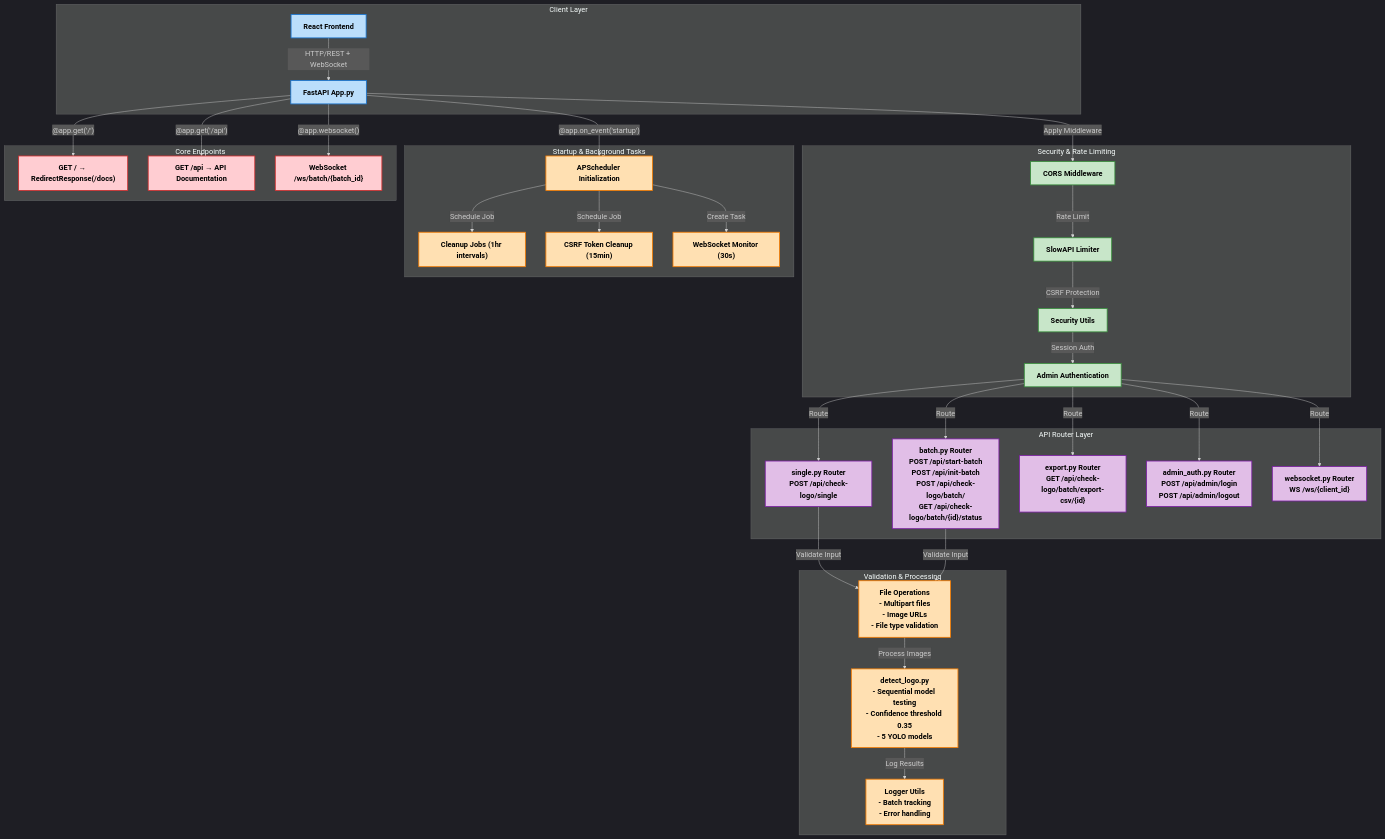
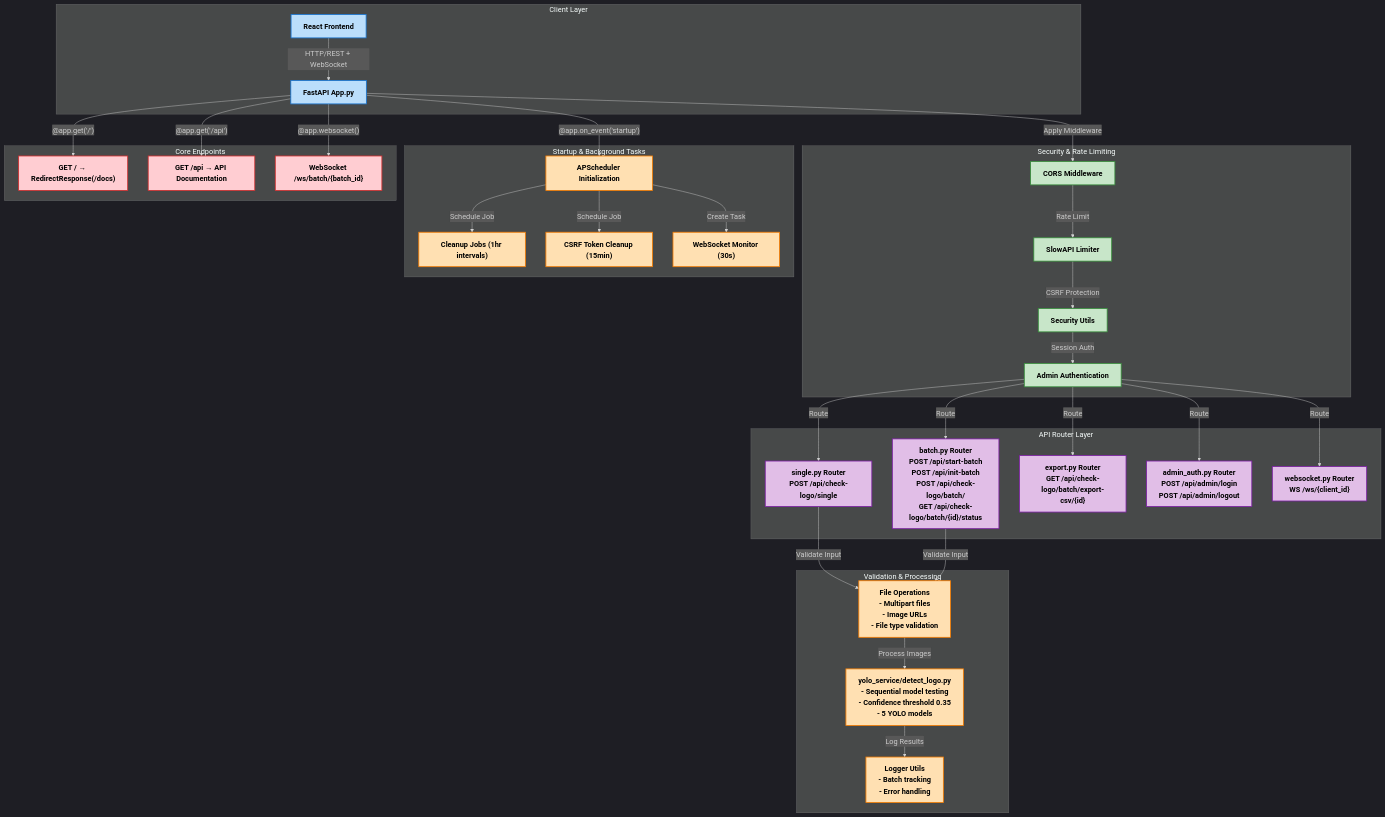
The second of 10 diagrams in README.md (Dhruv0306/SymphonyProject1), drawn with Mermaid before and after one commit. The commit also changed other lines of this file and 5 other files, not shown here.

````diff
--- a/README.md
+++ b/README.md
@@ -323,62 +370,62 @@
 ```mermaid
 %%{init: {'theme': 'dark', 'themeVariables': { 'fontFamily': 'arial', 'fontSize': '18px', 'fontWeight': 'bold'}}}%%
 graph TD
     subgraph "Client Layer"
         style A fill:#bbdefb,stroke:#1976d2,stroke-width:2px,color:#000000,font-weight:bold
         style A1 fill:#bbdefb,stroke:#1976d2,stroke-width:2px,color:#000000,font-weight:bold
         A["React Frontend"] -->|"HTTP/REST + WebSocket"| A1["FastAPI App.py"]
     end
 
     subgraph "Security & Rate Limiting"
         style B fill:#c8e6c9,stroke:#388e3c,stroke-width:2px,color:#000000,font-weight:bold
         style C fill:#c8e6c9,stroke:#388e3c,stroke-width:2px,color:#000000,font-weight:bold
         style D fill:#c8e6c9,stroke:#388e3c,stroke-width:2px,color:#000000,font-weight:bold
         style E fill:#c8e6c9,stroke:#388e3c,stroke-width:2px,color:#000000,font-weight:bold
         A1 -->|"Apply Middleware"| B["CORS Middleware"]
         B -->|"Rate Limit"| C["SlowAPI Limiter"]
         C -->|"CSRF Protection"| D["Security Utils"]
         D -->|"Session Auth"| E["Admin Authentication"]
     end
 
     subgraph "API Router Layer"
         style F1 fill:#e1bee7,stroke:#7b1fa2,stroke-width:2px,color:#000000,font-weight:bold
         style F2 fill:#e1bee7,stroke:#7b1fa2,stroke-width:2px,color:#000000,font-weight:bold
         style F3 fill:#e1bee7,stroke:#7b1fa2,stroke-width:2px,color:#000000,font-weight:bold
         style F4 fill:#e1bee7,stroke:#7b1fa2,stroke-width:2px,color:#000000,font-weight:bold
         style F5 fill:#e1bee7,stroke:#7b1fa2,stroke-width:2px,color:#000000,font-weight:bold
         E -->|"Route"| F1["single.py Router<br/>POST /api/check-logo/single"]
         E -->|"Route"| F2["batch.py Router<br/>POST /api/start-batch<br/>POST /api/init-batch<br/>POST /api/check-logo/batch/<br/>GET /api/check-logo/batch/{id}/status"]
         E -->|"Route"| F3["export.py Router<br/>GET /api/check-logo/batch/export-csv/{id}"]
         E -->|"Route"| F4["admin_auth.py Router<br/>POST /api/admin/login<br/>POST /api/admin/logout"]
         E -->|"Route"| F5["websocket.py Router<br/>WS /ws/{client_id}"]
     end
 
     subgraph "Validation & Processing"
         style G fill:#ffe0b2,stroke:#f57c00,stroke-width:2px,color:#000000,font-weight:bold
         style H fill:#ffe0b2,stroke:#f57c00,stroke-width:2px,color:#000000,font-weight:bold
         style I fill:#ffe0b2,stroke:#f57c00,stroke-width:2px,color:#000000,font-weight:bold
         F1 & F2 -->|"Validate Input"| G["File Operations<br/>- Multipart files<br/>- Image URLs<br/>- File type validation"]
-        G -->|"Process Images"| H["detect_logo.py<br/>- Sequential model testing<br/>- Confidence threshold 0.35<br/>- 5 YOLO models"]
+        G -->|"Process Images"| H["yolo_service/detect_logo.py<br/>- Sequential model testing<br/>- Confidence threshold 0.35<br/>- 5 YOLO models"]
         H -->|"Log Results"| I["Logger Utils<br/>- Batch tracking<br/>- Error handling"]
     end
 
     subgraph "Startup & Background Tasks"
         style J1 fill:#ffe0b2,stroke:#f57c00,stroke-width:2px,color:#000000,font-weight:bold
         style J2 fill:#ffe0b2,stroke:#f57c00,stroke-width:2px,color:#000000,font-weight:bold
         style J3 fill:#ffe0b2,stroke:#f57c00,stroke-width:2px,color:#000000,font-weight:bold
         style J4 fill:#ffe0b2,stroke:#f57c00,stroke-width:2px,color:#000000,font-weight:bold
         A1 -->|"@app.on_event('startup')"| J1["APScheduler Initialization"]
         J1 -->|"Schedule Job"| J2["Cleanup Jobs (1hr intervals)"]
         J1 -->|"Schedule Job"| J3["CSRF Token Cleanup (15min)"]
         J1 -->|"Create Task"| J4["WebSocket Monitor (30s)"]
     end
 
     subgraph "Core Endpoints"
         style K1 fill:#ffcdd2,stroke:#d32f2f,stroke-width:2px,color:#000000,font-weight:bold
         style K2 fill:#ffcdd2,stroke:#d32f2f,stroke-width:2px,color:#000000,font-weight:bold
         style K3 fill:#ffcdd2,stroke:#d32f2f,stroke-width:2px,color:#000000,font-weight:bold
         A1 -->|"@app.get('/')"| K1["GET / → RedirectResponse(/docs)"]
         A1 -->|"@app.get('/api')"| K2["GET /api → API Documentation"]
         A1 -->|"@app.websocket()"| K3["WebSocket /ws/batch/{batch_id}"]
     end
 ```
````
